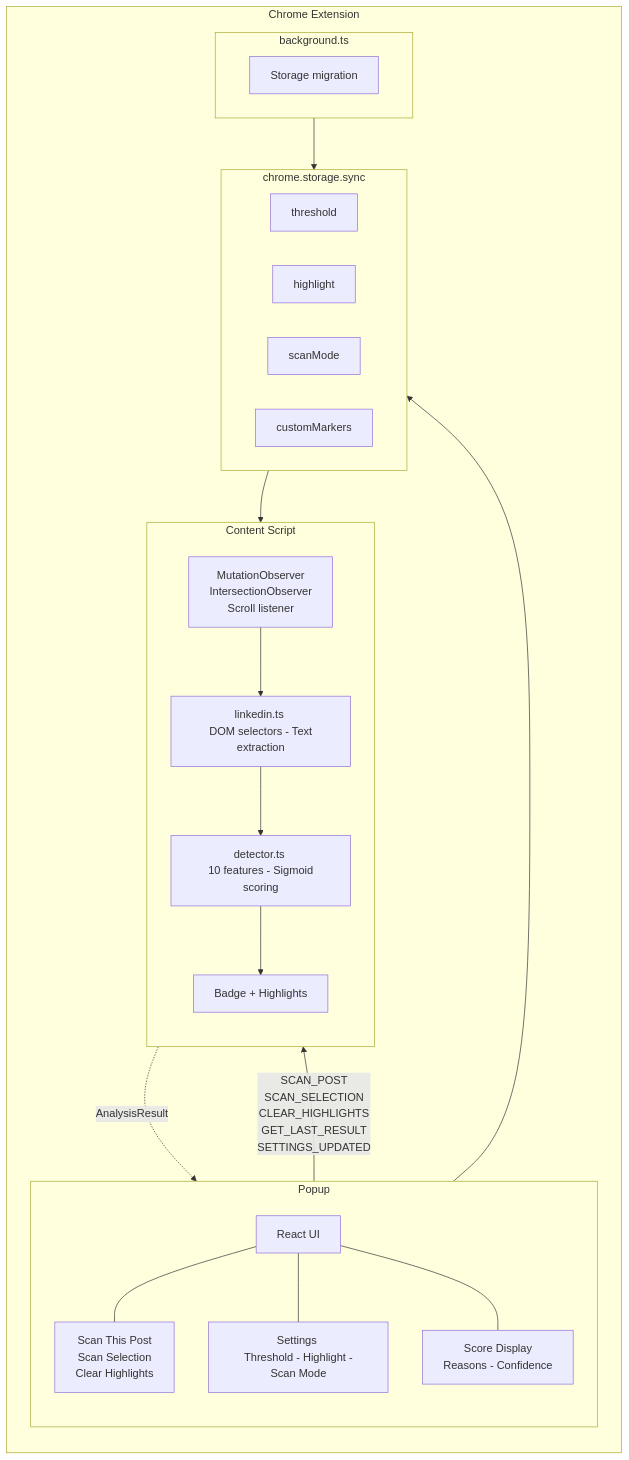
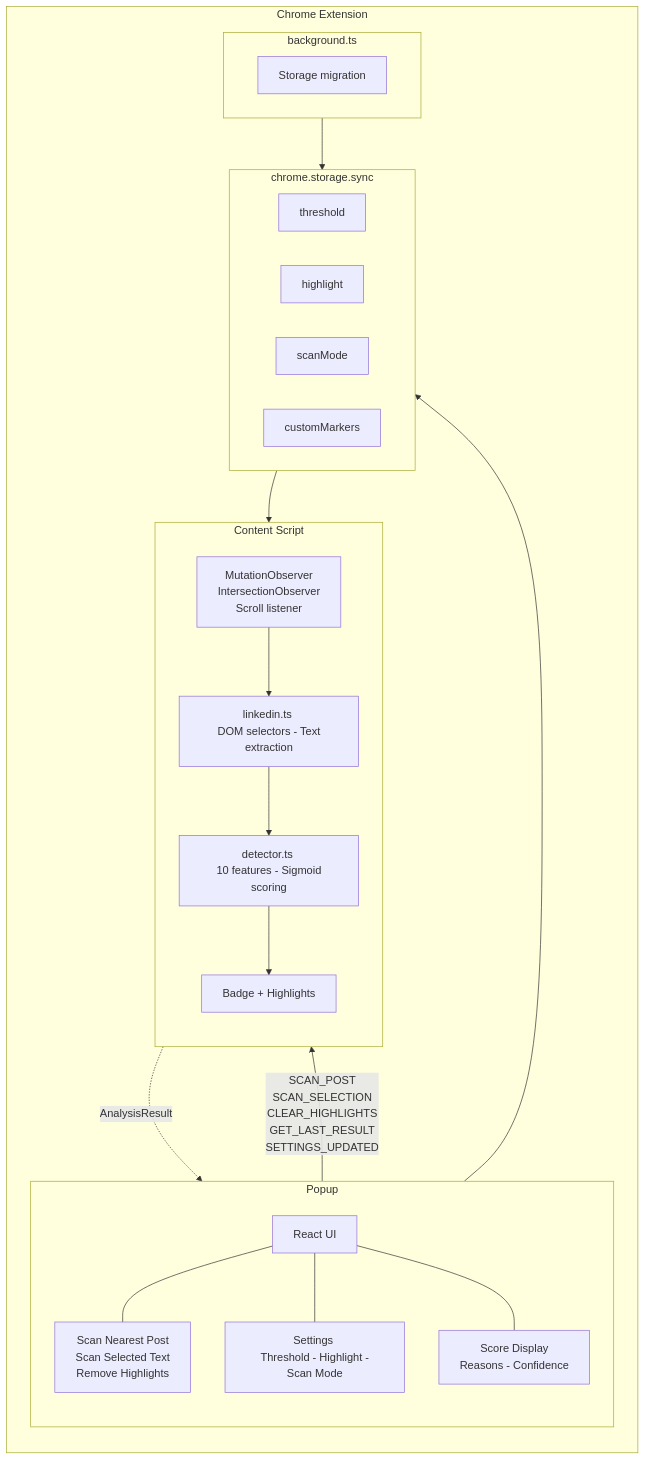
Before and after one commit to TarasKovalenko/HumanScore: the second of 4 diagrams in README.md, drawn with Mermaid. The commit also changed other lines of this file and 11 other files, not shown here.

````diff
--- a/README.md
+++ b/README.md
@@ -16,45 +16,45 @@
 ```mermaid
 graph TB
     subgraph EXT["Chrome Extension"]
         direction TB
 
         subgraph BG["background.ts"]
             BG1[Storage migration]
         end
 
         subgraph CS["Content Script"]
             direction TB
             OBS["MutationObserver <br> IntersectionObserver <br> Scroll listener"]
             LI["linkedin.ts <br> DOM selectors - Text extraction"]
             DET["detector.ts <br> 10 features - Sigmoid scoring"]
             RENDER["Badge + Highlights"]
 
             OBS --> LI --> DET --> RENDER
         end
 
         subgraph POP["Popup"]
             direction TB
             UI["React UI"]
-            ACTIONS["Scan This Post <br> Scan Selection <br> Clear Highlights"]
+            ACTIONS["Scan Nearest Post <br> Scan Selected Text <br> Remove Highlights"]
             SETTINGS["Settings <br> Threshold - Highlight - Scan Mode"]
             SCORE["Score Display <br> Reasons - Confidence"]
 
             UI --- ACTIONS
             UI --- SETTINGS
             UI --- SCORE
         end
 
         subgraph STORE["chrome.storage.sync"]
             S1["threshold"]
             S2["highlight"]
             S3["scanMode"]
             S4["customMarkers"]
         end
 
         POP -- "SCAN_POST <br> SCAN_SELECTION <br> CLEAR_HIGHLIGHTS <br> GET_LAST_RESULT <br> SETTINGS_UPDATED" --> CS
         CS -. "AnalysisResult" .-> POP
         BG --> STORE
         POP --> STORE
         STORE --> CS
     end
 ```
````
